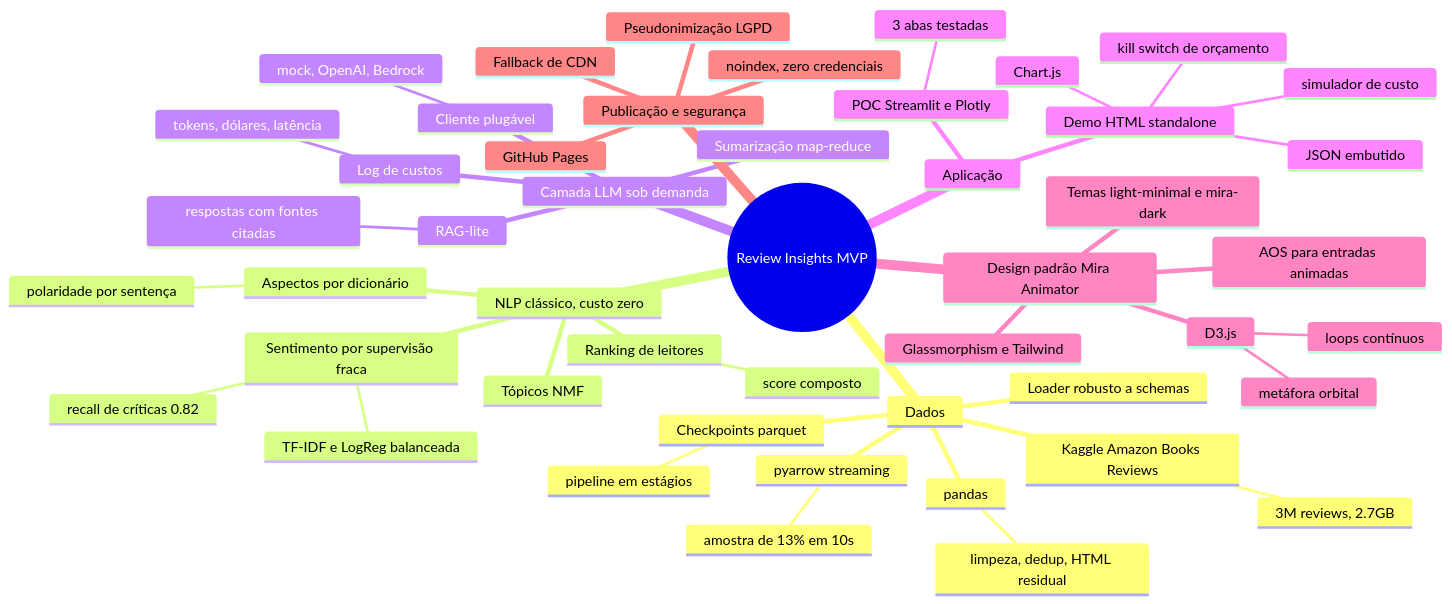
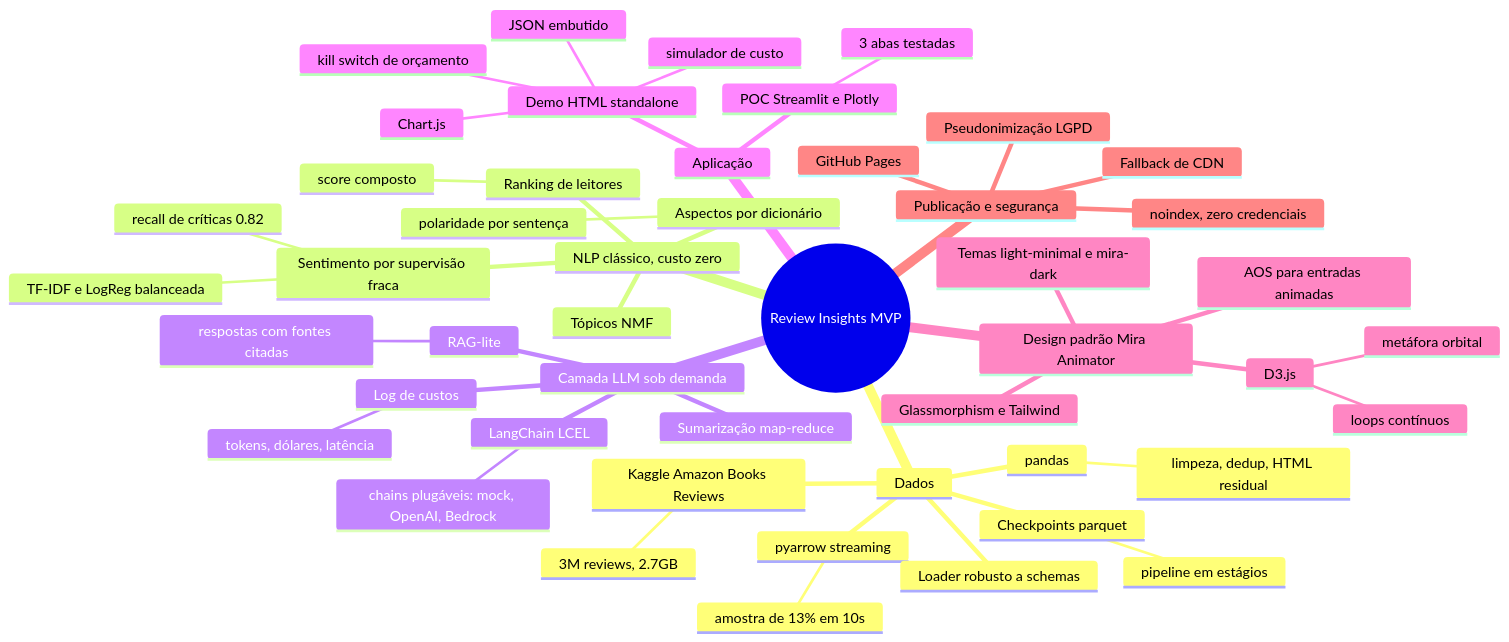
The diagram in README.md (flaviagaia/review-insights-demo), drawn with Mermaid before and after one commit. The commit also changed other lines of this file and 3 other files, not shown here.

````diff
--- a/README.md
+++ b/README.md
@@ -14,51 +14,51 @@
 ```mermaid
 mindmap
   root((Review Insights MVP))
     Dados
       Kaggle Amazon Books Reviews
         3M reviews, 2.7GB
       pyarrow streaming
         amostra de 13% em 10s
       pandas
         limpeza, dedup, HTML residual
       Checkpoints parquet
         pipeline em estágios
       Loader robusto a schemas
     NLP clássico, custo zero
       Sentimento por supervisão fraca
         TF-IDF e LogReg balanceada
         recall de críticas 0.82
       Tópicos NMF
       Aspectos por dicionário
         polaridade por sentença
       Ranking de leitores
         score composto
     Camada LLM sob demanda
-      Cliente plugável
-        mock, OpenAI, Bedrock
+      LangChain LCEL
+        chains plugáveis: mock, OpenAI, Bedrock
       Sumarização map-reduce
       RAG-lite
         respostas com fontes citadas
       Log de custos
         tokens, dólares, latência
     Aplicação
       POC Streamlit e Plotly
         3 abas testadas
       Demo HTML standalone
         Chart.js
         JSON embutido
         simulador de custo
         kill switch de orçamento
     Design padrão Mira Animator
       Temas light-minimal e mira-dark
       Glassmorphism e Tailwind
       AOS para entradas animadas
       D3.js
         loops contínuos
         metáfora orbital
     Publicação e segurança
       GitHub Pages
       Pseudonimização LGPD
       noindex, zero credenciais
       Fallback de CDN
 ```
````
